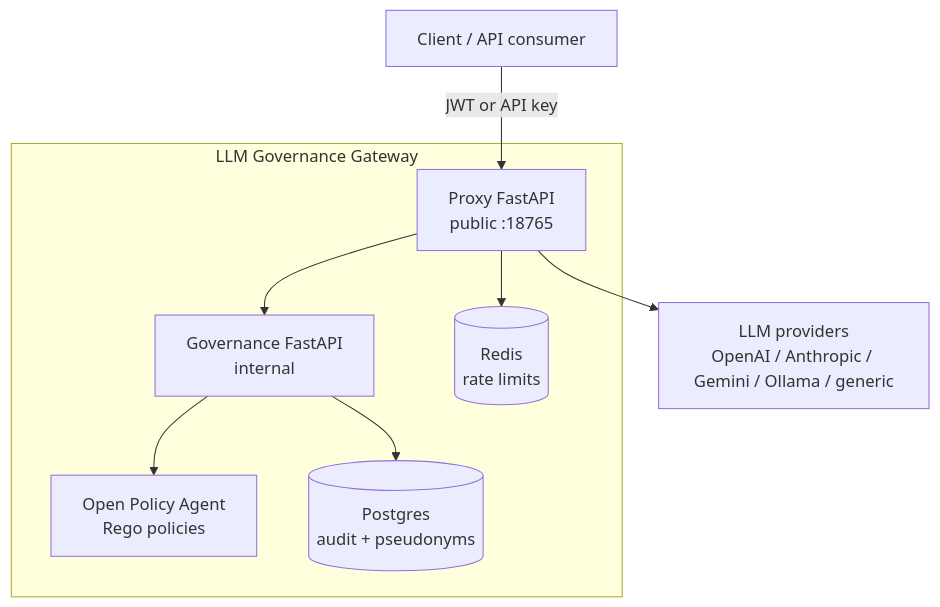
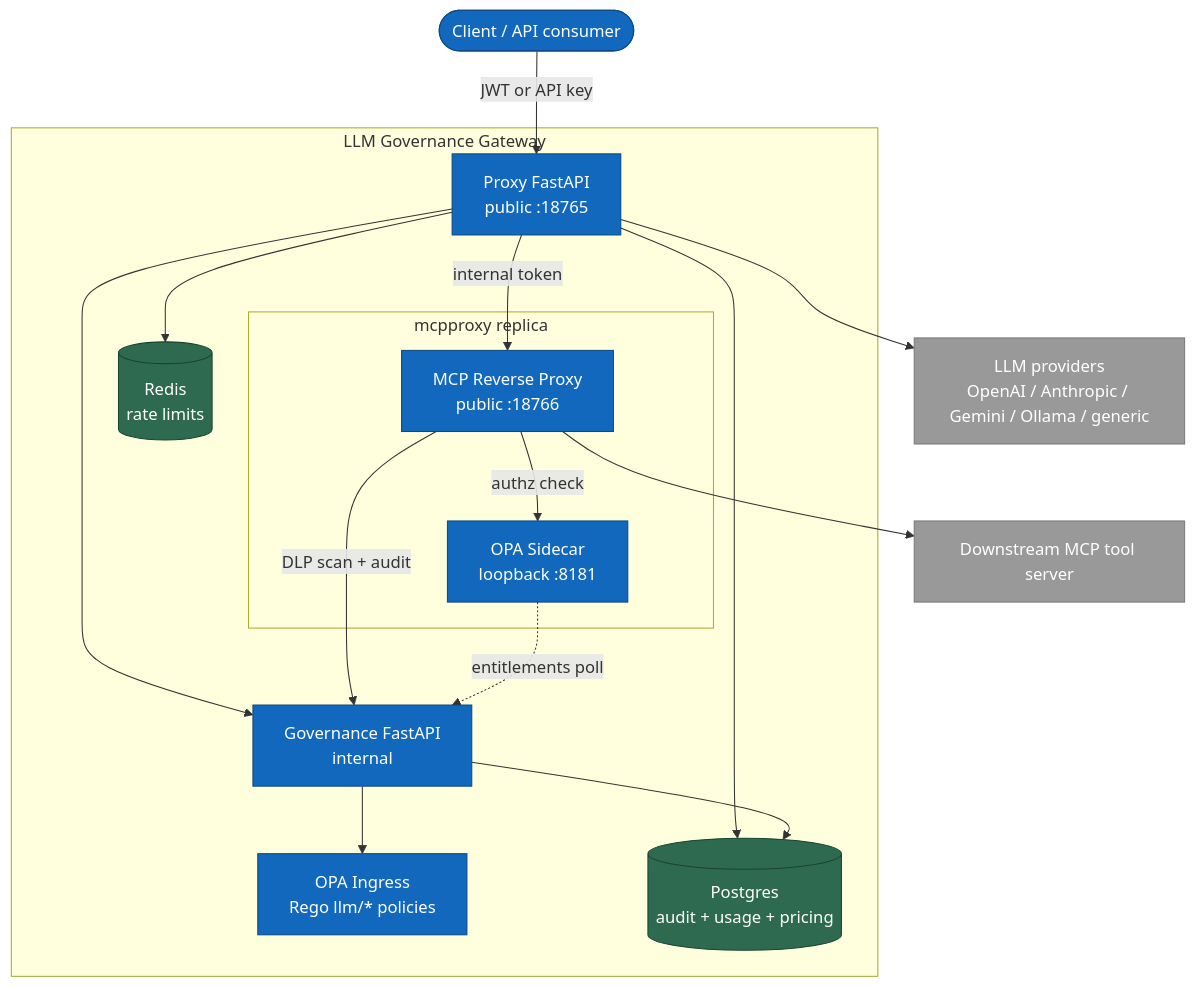
The diagram in README.md (citadelgrad/llm-governance-gateway), drawn with Mermaid before and after one commit. The commit also changed other lines of this file and 1 other file, not shown here.

First line of the commit message:
docs: update README and architecture.md for mcpproxy/opa-sidecar/usage-dashboard

````diff
--- a/README.md
+++ b/README.md
@@ -37,21 +46,45 @@
 ```mermaid
 flowchart TB
-    client[Client / API consumer]
+    client([Client / API consumer])
 
     subgraph gateway[LLM Governance Gateway]
         proxy[Proxy FastAPI\npublic :18765]
+
+        subgraph mcpnode[mcpproxy replica]
+            mcpproxy[MCP Reverse Proxy\npublic :18766]
+            opasidecar[OPA Sidecar\nloopback :8181]
+        end
+
         governance[Governance FastAPI\ninternal]
-        opa[Open Policy Agent\nRego policies]
-        postgres[(Postgres\naudit + pseudonyms)]
+        opa[OPA Ingress\nRego llm/* policies]
+        postgres[(Postgres\naudit + usage + pricing)]
         redis[(Redis\nrate limits)]
     end
 
     providers[LLM providers\nOpenAI / Anthropic / Gemini / Ollama / generic]
+    mcptool[Downstream MCP tool server]
 
     client -->|JWT or API key| proxy
     proxy --> redis
     proxy --> governance
+    proxy --> postgres
+    proxy -->|internal token| mcpproxy
+    proxy --> providers
+    mcpproxy -->|authz check| opasidecar
+    mcpproxy -->|DLP scan + audit| governance
+    mcpproxy --> mcptool
+    opasidecar -.->|entitlements poll| governance
     governance --> opa
     governance --> postgres
-    proxy --> providers
+
+    style client fill:#1168bd,color:#fff,stroke:#0b4884
+    style proxy fill:#1168bd,color:#fff,stroke:#0b4884
+    style mcpproxy fill:#1168bd,color:#fff,stroke:#0b4884
+    style opasidecar fill:#1168bd,color:#fff,stroke:#0b4884
+    style governance fill:#1168bd,color:#fff,stroke:#0b4884
+    style opa fill:#1168bd,color:#fff,stroke:#0b4884
+    style postgres fill:#2d6a4f,color:#fff,stroke:#1b4332
+    style redis fill:#2d6a4f,color:#fff,stroke:#1b4332
+    style providers fill:#999,color:#fff,stroke:#7a7a7a
+    style mcptool fill:#999,color:#fff,stroke:#7a7a7a
 ```
````
